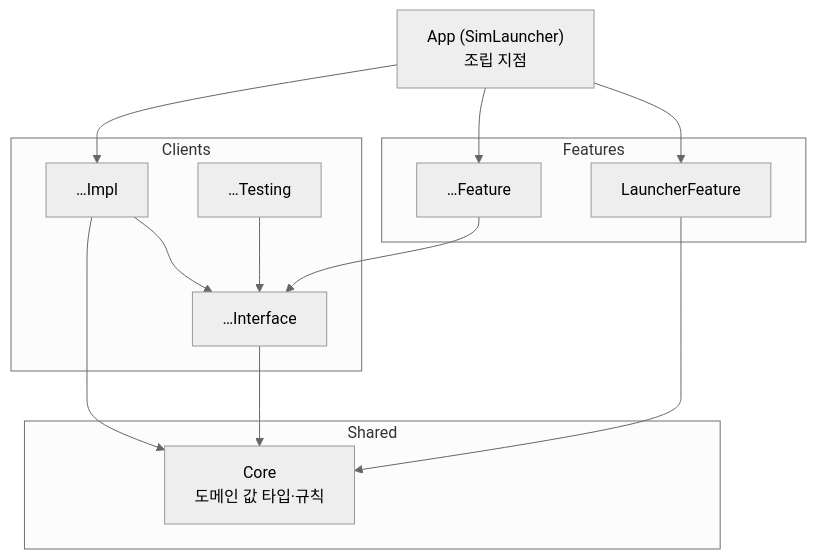
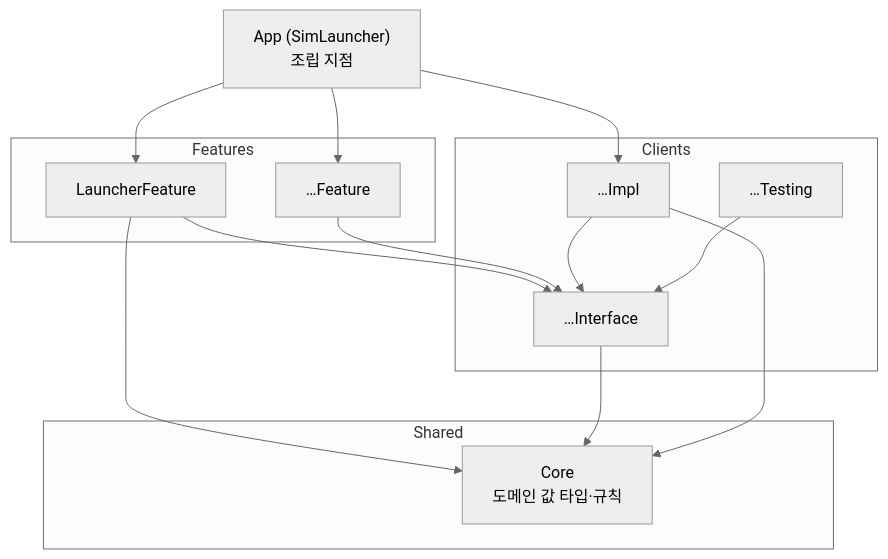
Before and after one commit to zopandagom/simlauncher-macos: the second of 2 diagrams in docs/ARCHITECTURE.md, drawn with Mermaid (neutral theme). The commit also changed other lines of this file and 1 other file, not shown here.

````diff
--- a/docs/ARCHITECTURE.md
+++ b/docs/ARCHITECTURE.md
@@ -65,23 +65,23 @@
 ```mermaid
 flowchart TD
     App["App (SimLauncher)<br/>조립 지점"]
     subgraph Features
       Launcher["LauncherFeature"]
       Other["…Feature"]
     end
     subgraph Clients
       XI["…Interface"]
       XImpl["…Impl"]
       XT["…Testing"]
     end
     subgraph Shared
       Core["Core<br/>도메인 값 타입·규칙"]
     end
 
     App --> Launcher & Other
     App --> XImpl
-    Other --> XI
+    Launcher & Other --> XI
     XImpl --> XI
     XT --> XI
     Launcher & XI & XImpl --> Core
 ```
````
